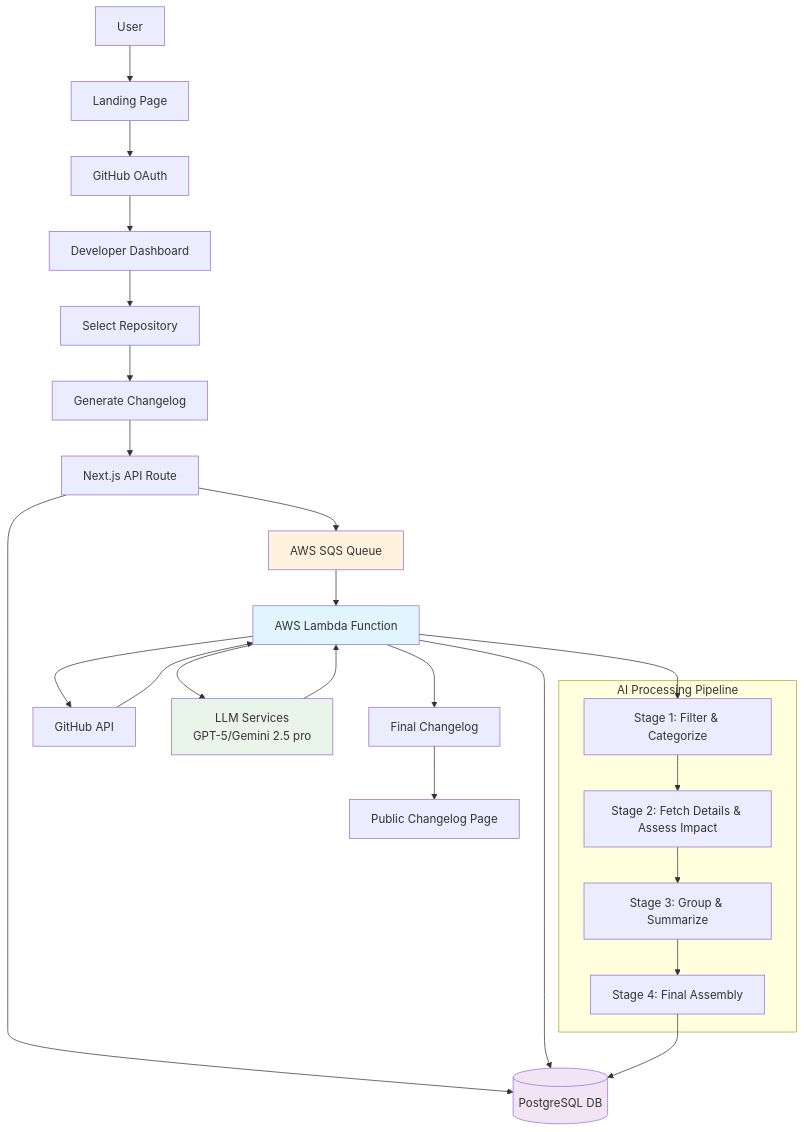
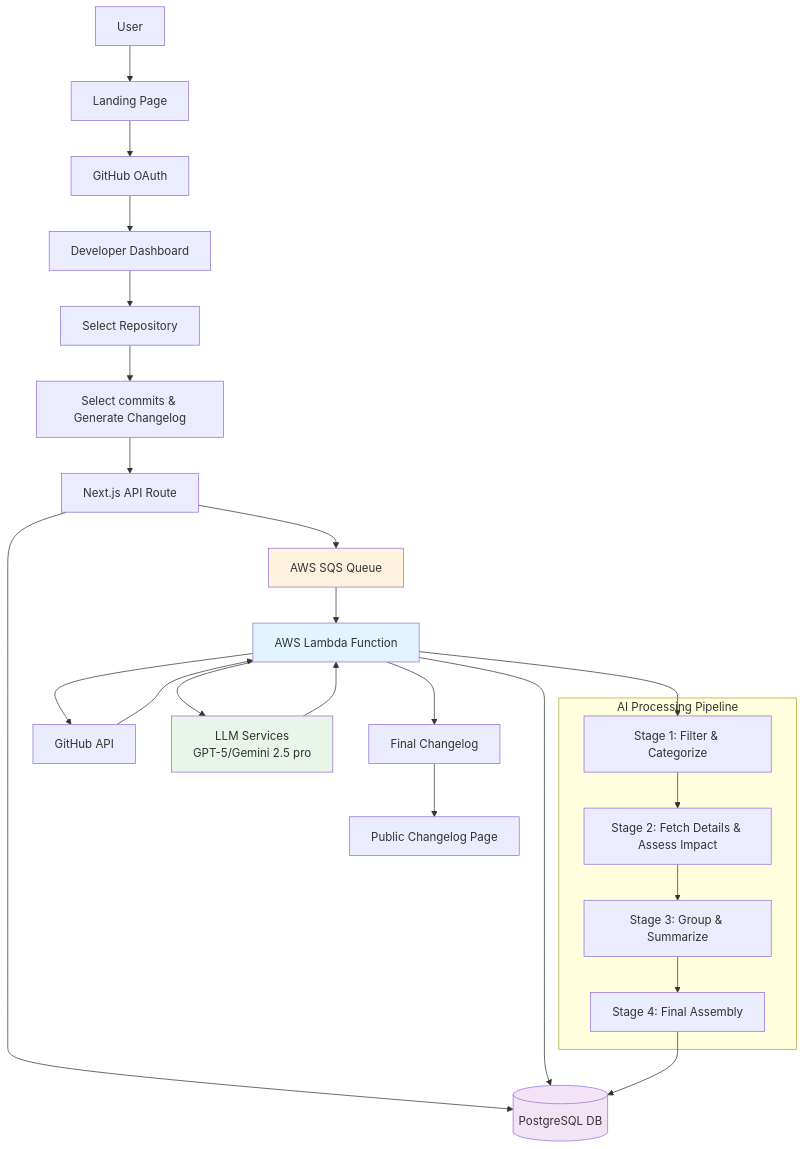
The first of 2 diagrams in README.md (SRX9/logtile), drawn with Mermaid before and after one commit. The commit also changed other lines of this file, not shown here.

````diff
--- a/README.md
+++ b/README.md
@@ -37,41 +14,41 @@
 ```mermaid
 graph TB
     User[User] --> Landing[Landing Page]
     Landing --> Auth[GitHub OAuth]
 
     Auth --> Dashboard[Developer Dashboard]
     Dashboard --> RepoSelect[Select Repository]
-    RepoSelect --> Generate[Generate Changelog]
+    RepoSelect --> Generate[Select commits & Generate Changelog]
 
     Generate --> API[Next.js API Route]
     API --> DB[(PostgreSQL DB)]
     API --> SQS[AWS SQS Queue]
 
     SQS --> Lambda[AWS Lambda Function]
     Lambda --> GitHubAPI[GitHub API]
     Lambda --> LLM[LLM Services<br/>GPT-5/Gemini 2.5 pro]
     Lambda --> DB
 
     GitHubAPI --> Lambda
     LLM --> Lambda
 
     Lambda --> FinalOutput[Final Changelog]
     FinalOutput --> PublicDisplay[Public Changelog Page]
 
     subgraph "AI Processing Pipeline"
         Stage1[Stage 1: Filter & Categorize]
         Stage2[Stage 2: Fetch Details & Assess Impact]
         Stage3[Stage 3: Group & Summarize]
         Stage4[Stage 4: Final Assembly]
 
         Stage1 --> Stage2 --> Stage3 --> Stage4
     end
 
     Lambda --> Stage1
     Stage4 --> DB
 
     style Lambda fill:#e1f5fe
     style SQS fill:#fff3e0
     style DB fill:#f3e4f5
     style LLM fill:#e8f5e8
 ```
````
